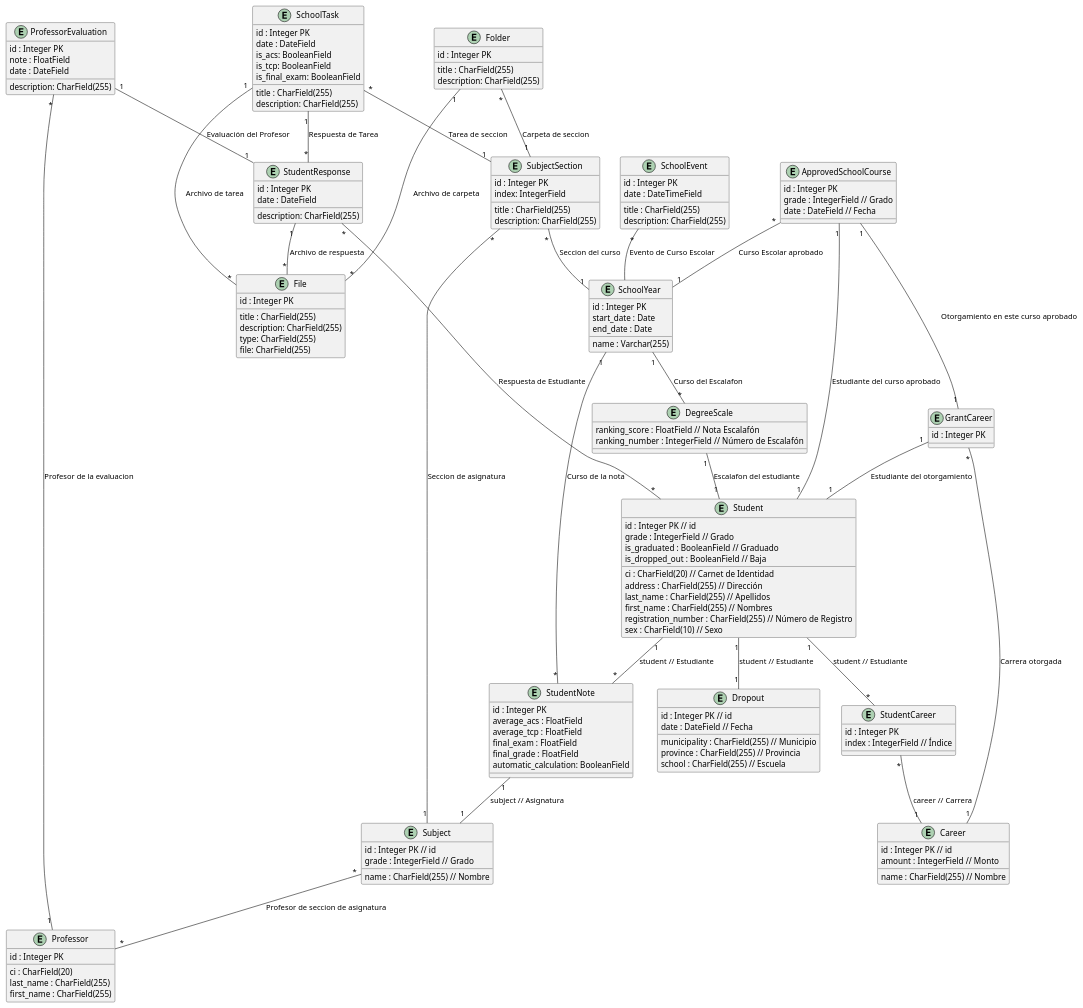
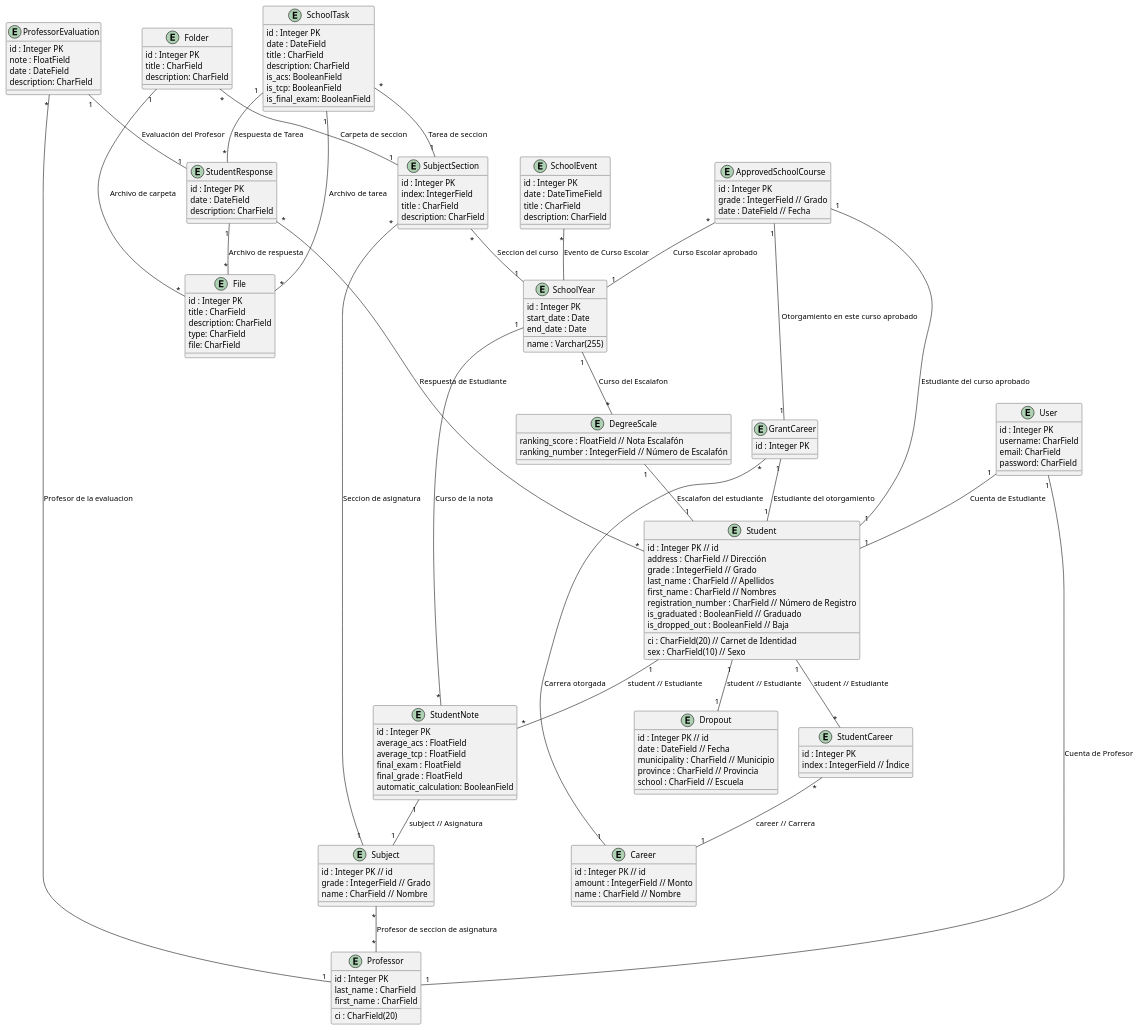
The diagram in docs/diagrams/src/architecture_overview.wsd (critBus/notas_estudiantes_back_drf), drawn with PlantUML before and after one commit. The commit also changed 4 other files, not shown here.

Commit message:
cuenta estudiante y profesor

```diff
--- a/docs/diagrams/src/architecture_overview.wsd
+++ b/docs/diagrams/src/architecture_overview.wsd
@@ -1,171 +1,182 @@
 @startuml
 
 entity Student {
     id : Integer PK // id
     ci : CharField(20) // Carnet de Identidad
-    address : CharField(255) // Dirección
+    address : CharField // Dirección
     grade : IntegerField // Grado
-    last_name : CharField(255) // Apellidos
-    first_name : CharField(255) // Nombres
-    registration_number : CharField(255) // Número de Registro
+    last_name : CharField // Apellidos
+    first_name : CharField // Nombres
+    registration_number : CharField // Número de Registro
     sex : CharField(10) // Sexo
     is_graduated : BooleanField // Graduado
     is_dropped_out : BooleanField // Baja
 }
 
 entity Dropout {
     id : Integer PK // id
     date : DateField // Fecha
-    municipality : CharField(255) // Municipio
-    province : CharField(255) // Provincia
-    school : CharField(255) // Escuela
+    municipality : CharField // Municipio
+    province : CharField // Provincia
+    school : CharField // Escuela
 }
 
 entity Career {
     id : Integer PK // id
     amount : IntegerField // Monto
-    name : CharField(255) // Nombre
+    name : CharField // Nombre
 }
 
 
 entity Subject {
     id : Integer PK // id
     grade : IntegerField // Grado
-    name : CharField(255) // Nombre
+    name : CharField // Nombre
 }
 
 entity SchoolYear {
     id : Integer PK
     start_date : Date
     end_date : Date
     name : Varchar(255)
 }
 
 entity StudentNote {
     id : Integer PK
     average_acs : FloatField
     average_tcp : FloatField
     final_exam : FloatField
     final_grade : FloatField
     automatic_calculation: BooleanField
 }
 
 
 
 entity StudentCareer {
     id : Integer PK
     index : IntegerField // Índice
 }
 
 entity DegreeScale {
     ranking_score : FloatField // Nota Escalafón
     ranking_number : IntegerField // Número de Escalafón
 }
 entity GrantCareer{
     id : Integer PK
 }
 
 entity ApprovedSchoolCourse{
     id : Integer PK
     grade : IntegerField // Grado
     date : DateField // Fecha
 }
 
 entity SubjectSection{
     id : Integer PK
     index: IntegerField
-    title : CharField(255)
-    description: CharField(255)
+    title : CharField
+    description: CharField
 }
 entity Folder{
     id : Integer PK
-    title : CharField(255)
-    description: CharField(255)
+    title : CharField
+    description: CharField
 }
 entity File{
     id : Integer PK
-    title : CharField(255)
-    description: CharField(255)
-    type: CharField(255)
-    file: CharField(255)
+    title : CharField
+    description: CharField
+    type: CharField
+    file: CharField
 }
 entity Professor {
     id : Integer PK
     ci : CharField(20)
-    last_name : CharField(255)
-    first_name : CharField(255)
+    last_name : CharField
+    first_name : CharField
 }
 
 entity SchoolTask{
     id : Integer PK
     date : DateField
-    title : CharField(255)
-    description: CharField(255)
+    title : CharField
+    description: CharField
     is_acs: BooleanField
     is_tcp: BooleanField
     is_final_exam: BooleanField
 
 }
 entity StudentResponse{
     id : Integer PK
     date : DateField
-    description: CharField(255)
+    description: CharField
 }
 
 entity ProfessorEvaluation{
     id : Integer PK
     note : FloatField
     date : DateField
-    description: CharField(255)
+    description: CharField
 }
 
 entity SchoolEvent {
     id : Integer PK
     date : DateTimeField
-    title : CharField(255)
-    description: CharField(255)
+    title : CharField
+    description: CharField
 }
+
+entity User{
+    id : Integer PK
+    username: CharField
+    email: CharField
+    password: CharField
+}
+
+User "1" -- "1" Professor : Cuenta de Profesor
+User "1" -- "1" Student : Cuenta de Estudiante
+
 
 ProfessorEvaluation "1" -- "1" StudentResponse : Evaluación del Profesor  
 ProfessorEvaluation "*" -- "1" Professor : Profesor de la evaluacion
 
 SchoolEvent "*" -- SchoolYear : Evento de Curso Escolar
 
 SubjectSection "*" -- "1" SchoolYear : Seccion del curso
 SubjectSection "*" -- "1" Subject : Seccion de asignatura
 SchoolTask "*" -- "1" SubjectSection : Tarea de seccion
 
 Folder "*" -- "1" SubjectSection : Carpeta de seccion
 Folder "1" -- "*" File : Archivo de carpeta
 
 SchoolTask "1" -- "*" File : Archivo de tarea
 SchoolTask "1" -- "*" StudentResponse : Respuesta de Tarea
 
 StudentResponse "1" -- "*" File : Archivo de respuesta
 StudentResponse "*" -- "*" Student : Respuesta de Estudiante
 
 Subject "*" -- "*" Professor : Profesor de seccion de asignatura
 
 ApprovedSchoolCourse "1" -- "1" Student : Estudiante del curso aprobado
 ApprovedSchoolCourse "*" -- "1" SchoolYear : Curso Escolar aprobado
 ApprovedSchoolCourse "1" -- "1" GrantCareer : Otorgamiento en este curso aprobado
 
 GrantCareer "1" -- "1" Student : Estudiante del otorgamiento
 GrantCareer "*" -- "1" Career : Carrera otorgada
 
 
 SchoolYear "1" -- "*" DegreeScale :  Curso del Escalafon
 SchoolYear "1" -- "*" StudentNote : Curso de la nota
 
 DegreeScale "1" -- "1" Student : Escalafon del estudiante
 
 Student "1" -- "1" Dropout : student // Estudiante
 Student "1" -- "*" StudentNote : student // Estudiante
 Student "1" -- "*" StudentCareer : student // Estudiante
 
 
 
 StudentNote "1" -- "1" Subject : subject // Asignatura
 StudentCareer "*" -- "1" Career : career // Carrera
 
 @enduml
```
